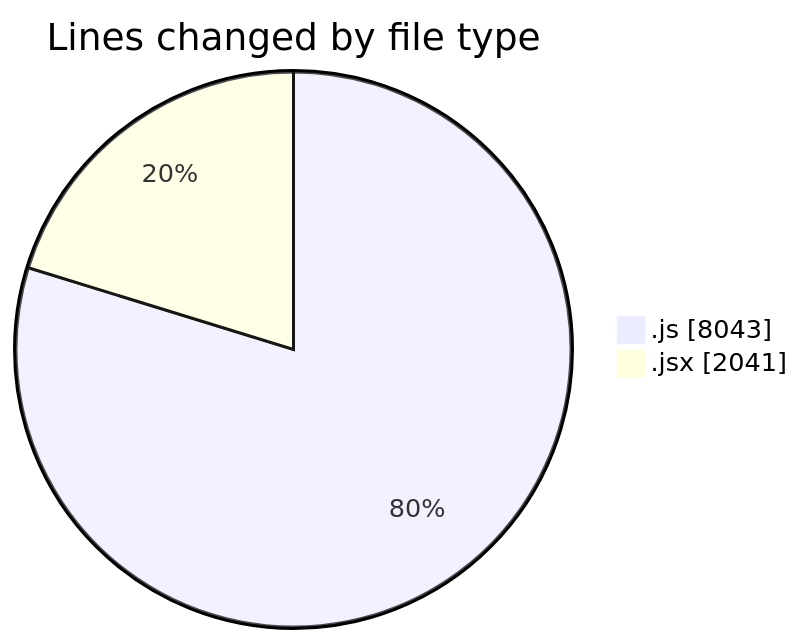
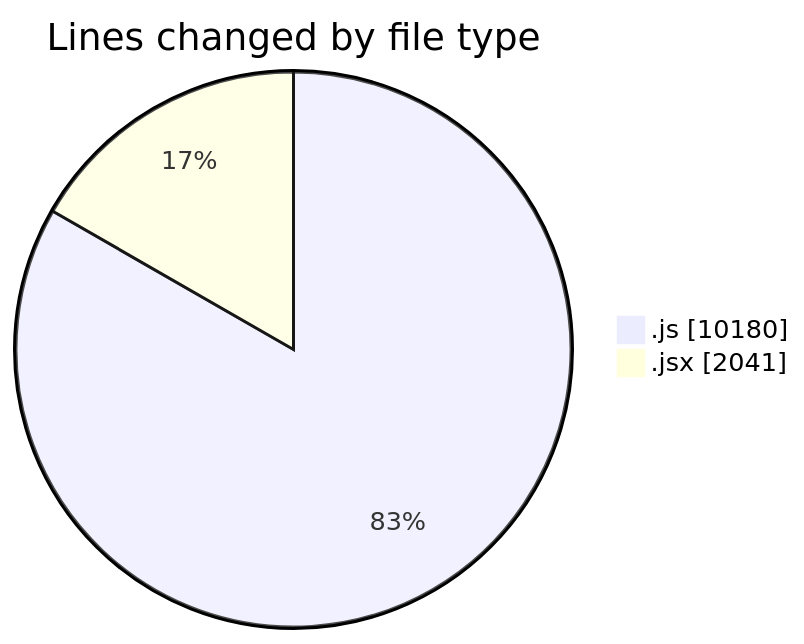
The first of 2 diagrams in 2025-10-01/nxtqube_webapp/README.md (nxtqubesakshisongat/code-tracking), drawn with Mermaid before and after one commit. The commit also changed other lines of this file and 1 other file, not shown here.

````diff
--- a/2025-10-01/nxtqube_webapp/README.md
+++ b/2025-10-01/nxtqube_webapp/README.md
@@ -22,6 +22,6 @@
 ```mermaid
 pie showData
 title Lines changed by file type
-".js" : 8043
+".js" : 10180
 ".jsx" : 2041
 ```
````
